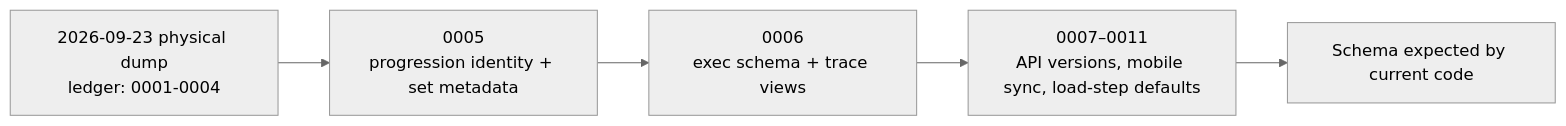
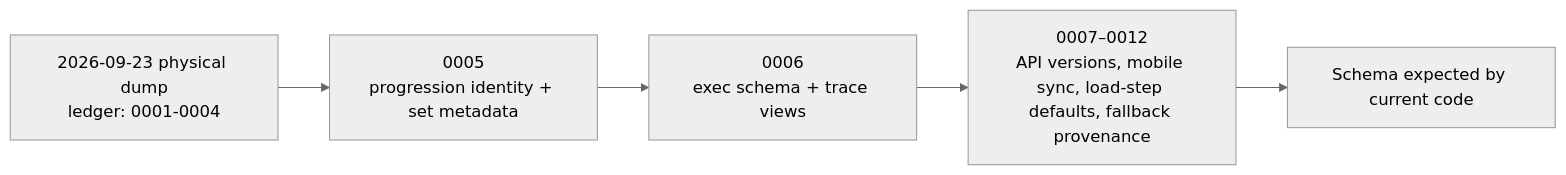
The diagram in __docs__/database/schema-overview.md (0x41gawor/agonez), drawn with Mermaid (neutral theme) before and after one commit. The commit also changed other lines of this file and 15 other files, not shown here.

````diff
--- a/__docs__/database/schema-overview.md
+++ b/__docs__/database/schema-overview.md
@@ -98,10 +100,10 @@
 ```mermaid
 flowchart LR
     Dump["2026-09-23 physical dump\nledger: 0001-0004"]
     M5["0005\nprogression identity + set metadata"]
     M6["0006\nexec schema + trace views"]
-    Later["0007–0011\nAPI versions, mobile sync, load-step defaults"]
+    Later["0007–0012\nAPI versions, mobile sync, load-step defaults, fallback provenance"]
     Expected["Schema expected by current code"]
 
     Dump --> M5 --> M6 --> Later --> Expected
 ```
````
